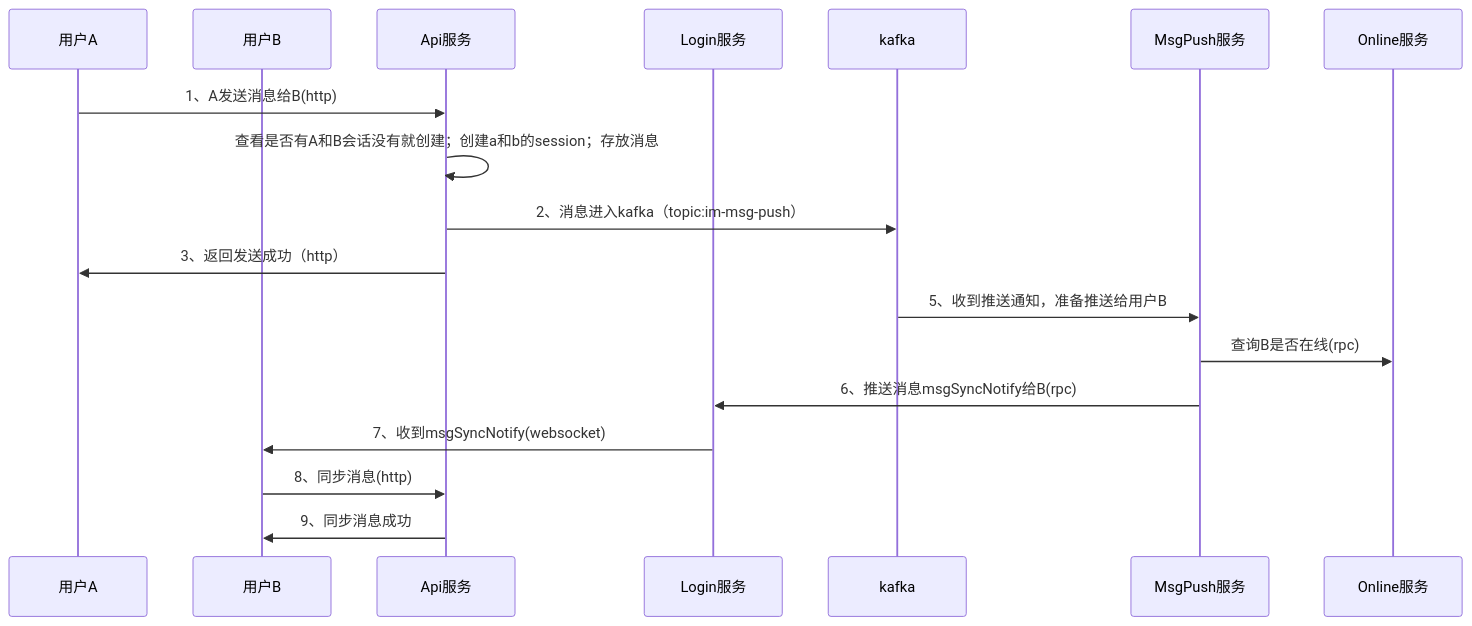
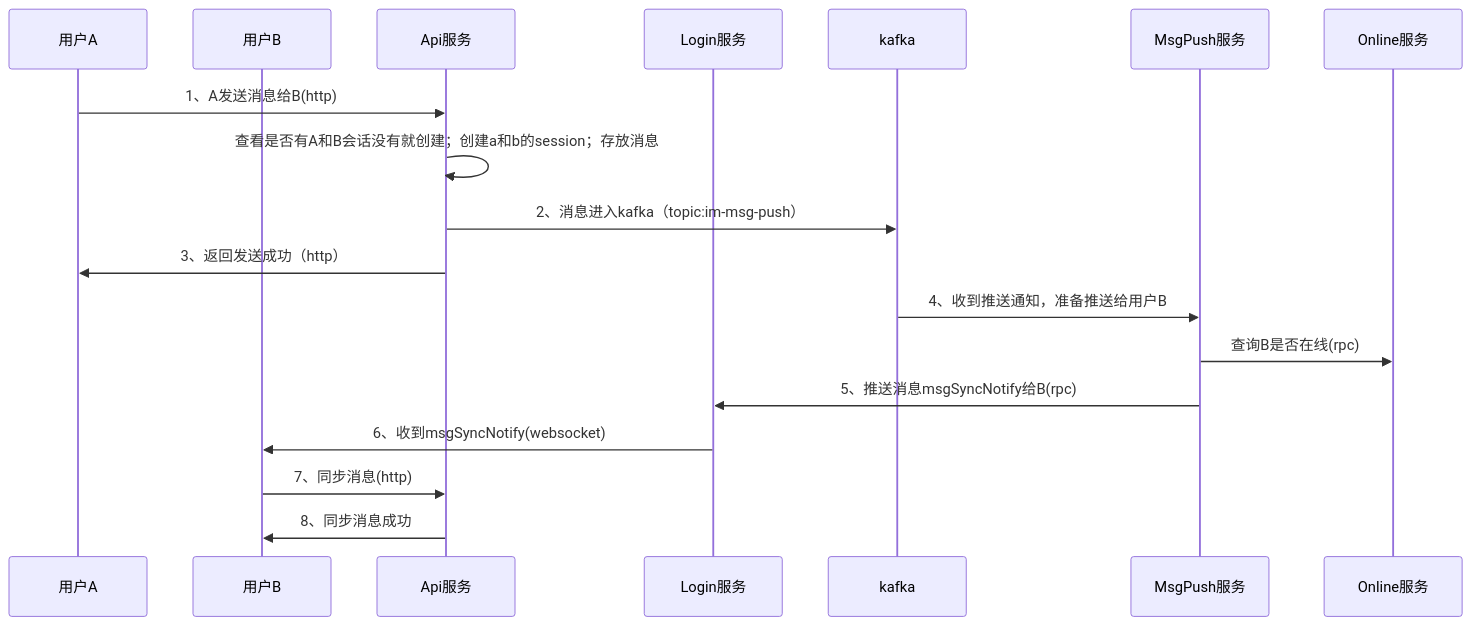
Before and after one commit to haomiao33/minim: the diagram in doc/im_msg.mmd, drawn with Mermaid.

```diff
--- a/doc/im_msg.mmd
+++ b/doc/im_msg.mmd
@@ -1,19 +1,19 @@
 sequenceDiagram
     participant A as 用户A
     participant B as 用户B
     participant ServerApi as Api服务
     participant ServerLogin as Login服务
     participant kafka
     participant ServerMsgPush as MsgPush服务
     participant ServerOnline as Online服务
 
     A->>ServerApi: 1、A发送消息给B(http)
     ServerApi->>ServerApi: 查看是否有A和B会话没有就创建；创建a和b的session；存放消息
     ServerApi->>kafka: 2、消息进入kafka（topic:im-msg-push）
     ServerApi->>A: 3、返回发送成功（http）
-    kafka->>ServerMsgPush: 5、收到推送通知，准备推送给用户B
+    kafka->>ServerMsgPush: 4、收到推送通知，准备推送给用户B
     ServerMsgPush->>ServerOnline: 查询B是否在线(rpc)
-    ServerMsgPush->>ServerLogin: 6、推送消息msgSyncNotify给B(rpc)
-    ServerLogin->>B: 7、收到msgSyncNotify(websocket)
-    B->>ServerApi: 8、同步消息(http)
-    ServerApi->>B: 9、同步消息成功
+    ServerMsgPush->>ServerLogin: 5、推送消息msgSyncNotify给B(rpc)
+    ServerLogin->>B: 6、收到msgSyncNotify(websocket)
+    B->>ServerApi: 7、同步消息(http)
+    ServerApi->>B: 8、同步消息成功
```
